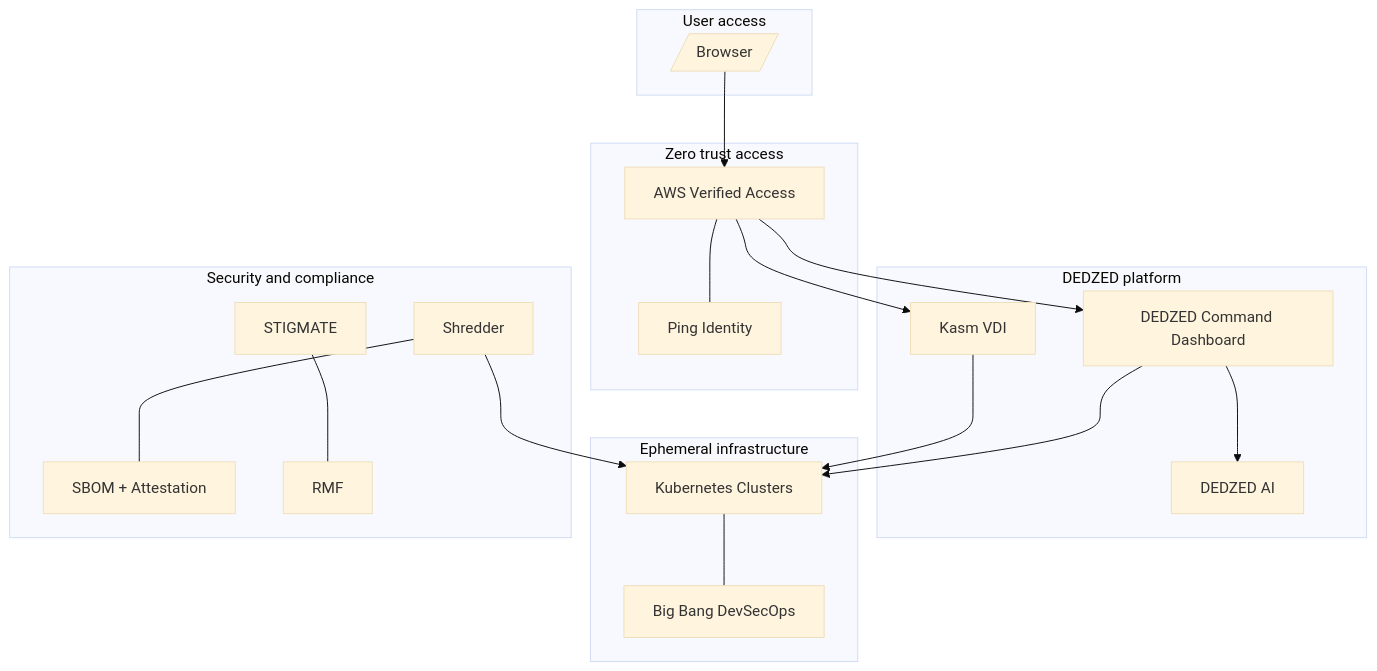
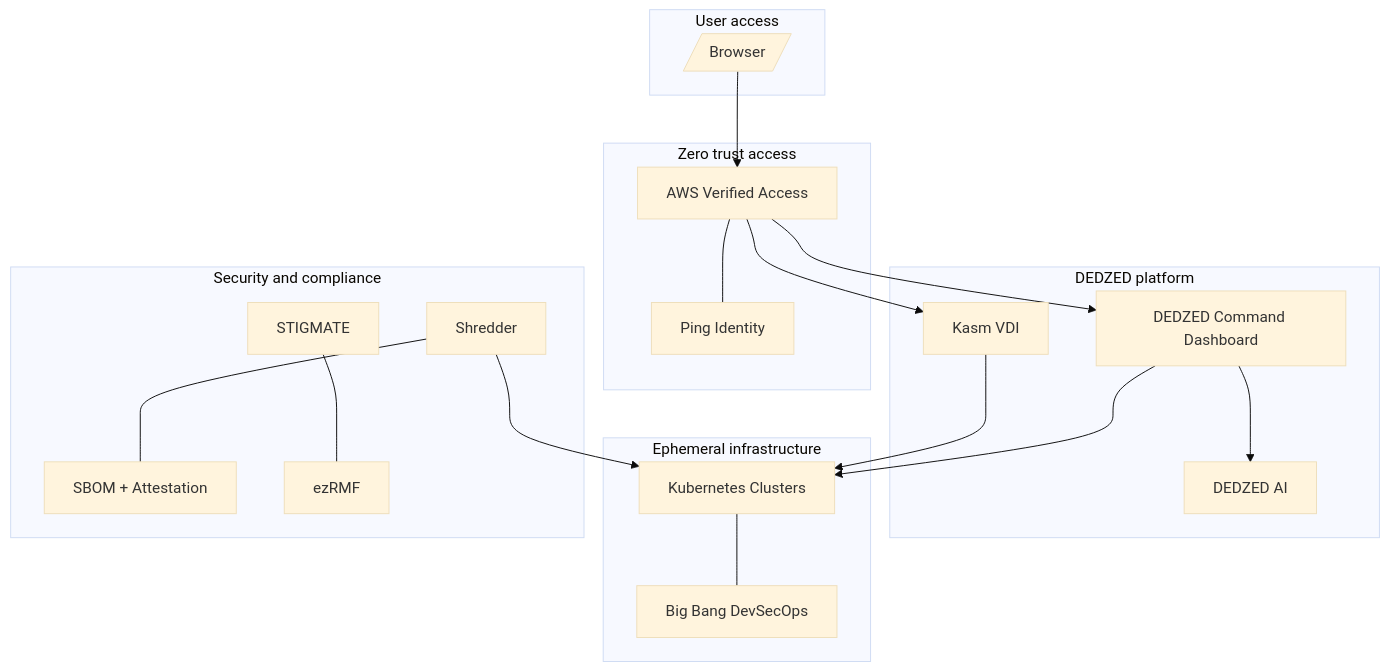
One commit to shebashio/docs changed the diagram in knowledge-base/what-is-dedzed.mdx. Above: the diagram before and after it, drawn with Mermaid (base theme). The commit also changed other lines of this file and 24 other files, not shown here.

First line of the commit message:
feat(docs): rebrand RMF to ezRMF with updated architecture and new pages

````diff
--- a/knowledge-base/what-is-dedzed.mdx
+++ b/knowledge-base/what-is-dedzed.mdx
@@ -15,41 +15,41 @@
 ```mermaid
 flowchart TB
     subgraph User["User access"]
         Browser[/"Browser"/]
     end
 
     subgraph Access["Zero trust access"]
         AVA["AWS Verified Access"]
         PI["Ping Identity"]
         AVA --- PI
     end
 
     subgraph Platform["DEDZED platform"]
         CMD["DEDZED Command Dashboard"]
         KASM["Kasm VDI"]
         AI["DEDZED AI"]
     end
 
     subgraph Infra["Ephemeral infrastructure"]
         K8S["Kubernetes Clusters"]
         BB["Big Bang DevSecOps"]
         K8S --- BB
     end
 
     subgraph Security["Security and compliance"]
         SHRED["Shredder"]
         SBOM["SBOM + Attestation"]
         STIG["STIGMATE"]
-        RMF["RMF"]
+        RMF["ezRMF"]
         SHRED --- SBOM
         STIG --- RMF
     end
 
     Browser --> AVA
     AVA --> CMD
     AVA --> KASM
     CMD --> K8S
     CMD --> AI
     KASM --> K8S
     SHRED --> K8S
 ```
````
